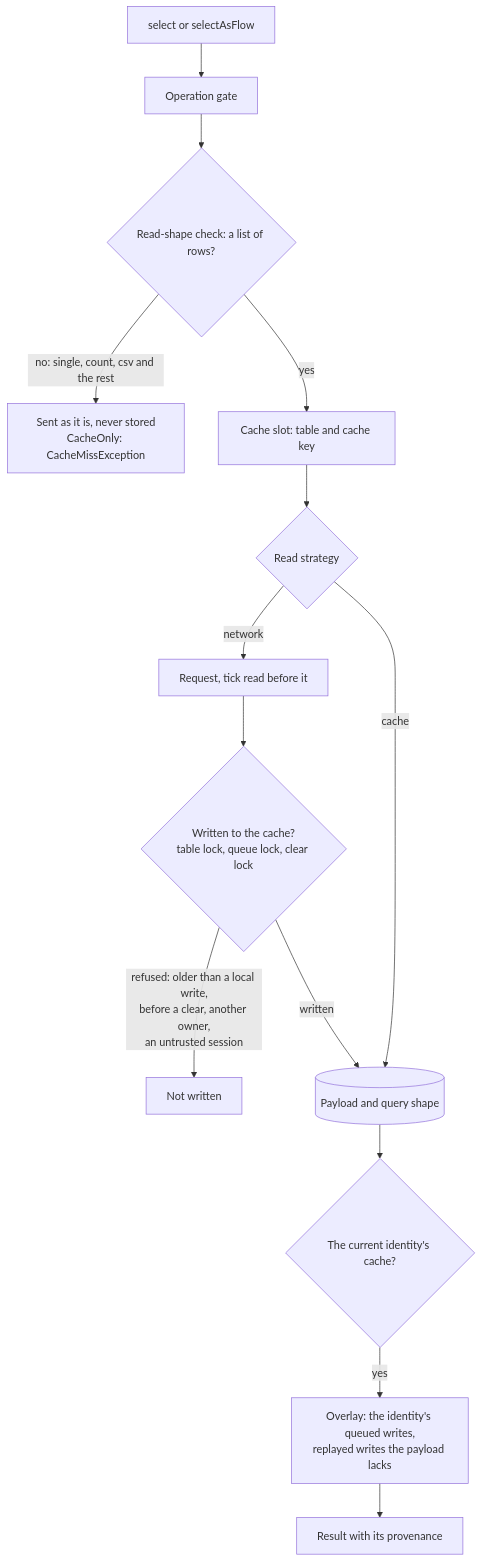
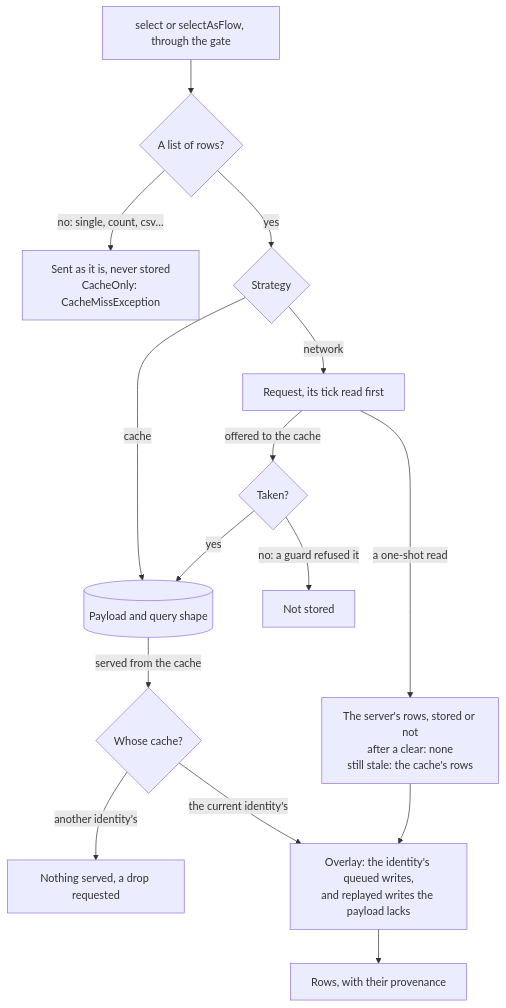
One commit to nesfeder/supabase-offline-kt changed the third of 4 diagrams in docs/project/architecture.md. Above: the diagram before and after it, drawn with Mermaid. The commit also changed other lines of this file, not shown here.

First line of the commit message:
docs: redraw the architecture page's diagrams (#85)

````diff
--- a/docs/project/architecture.md
+++ b/docs/project/architecture.md
@@ -590,16 +598,17 @@
 ```mermaid
 flowchart TD
-    A["select or selectAsFlow"] --> B["Operation gate"]
-    B --> C{"Read-shape check: a list of rows?"}
-    C -- "no: single, count, csv and the rest" --> D["Sent as it is, never stored<br/>CacheOnly: CacheMissException"]
-    C -- yes --> E["Cache slot: table and cache key"]
-    E --> F{"Read strategy"}
-    F -- "network" --> G["Request, tick read before it"]
-    G --> H{"Written to the cache?<br/>table lock, queue lock, clear lock"}
-    H -- "refused: older than a local write,<br/>before a clear, another owner,<br/>an untrusted session" --> I["Not written"]
-    H -- written --> J[("Payload and query shape")]
-    F -- "cache" --> J
-    J --> K{"The current identity's cache?"}
-    K -- yes --> L["Overlay: the identity's queued writes,<br/>replayed writes the payload lacks"]
-    L --> M["Result with its provenance"]
+    A["select or selectAsFlow, through the gate"] --> C{"A list of rows?"}
+    C -- "no: single, count, csv…" --> D["Sent as it is, never stored<br/>CacheOnly: CacheMissException"]
+    C -- yes --> F{"Strategy"}
+    F -- network --> G["Request, its tick read first"]
+    F -- cache --> J[("Payload and query shape")]
+    G -- "offered to the cache" --> H{"Taken?"}
+    H -- yes --> J
+    H -- "no: a guard refused it" --> X["Not stored"]
+    G -- "a one-shot read" --> O["The server's rows, stored or not<br/>after a clear: none<br/>still stale: the cache's rows"]
+    J -- "served from the cache" --> K{"Whose cache?"}
+    K -- "another identity's" --> Z["Nothing served, a drop requested"]
+    K -- "the current identity's" --> L["Overlay: the identity's queued writes,<br/>and replayed writes the payload lacks"]
+    O --> L
+    L --> M["Rows, with their provenance"]
 ```
````
